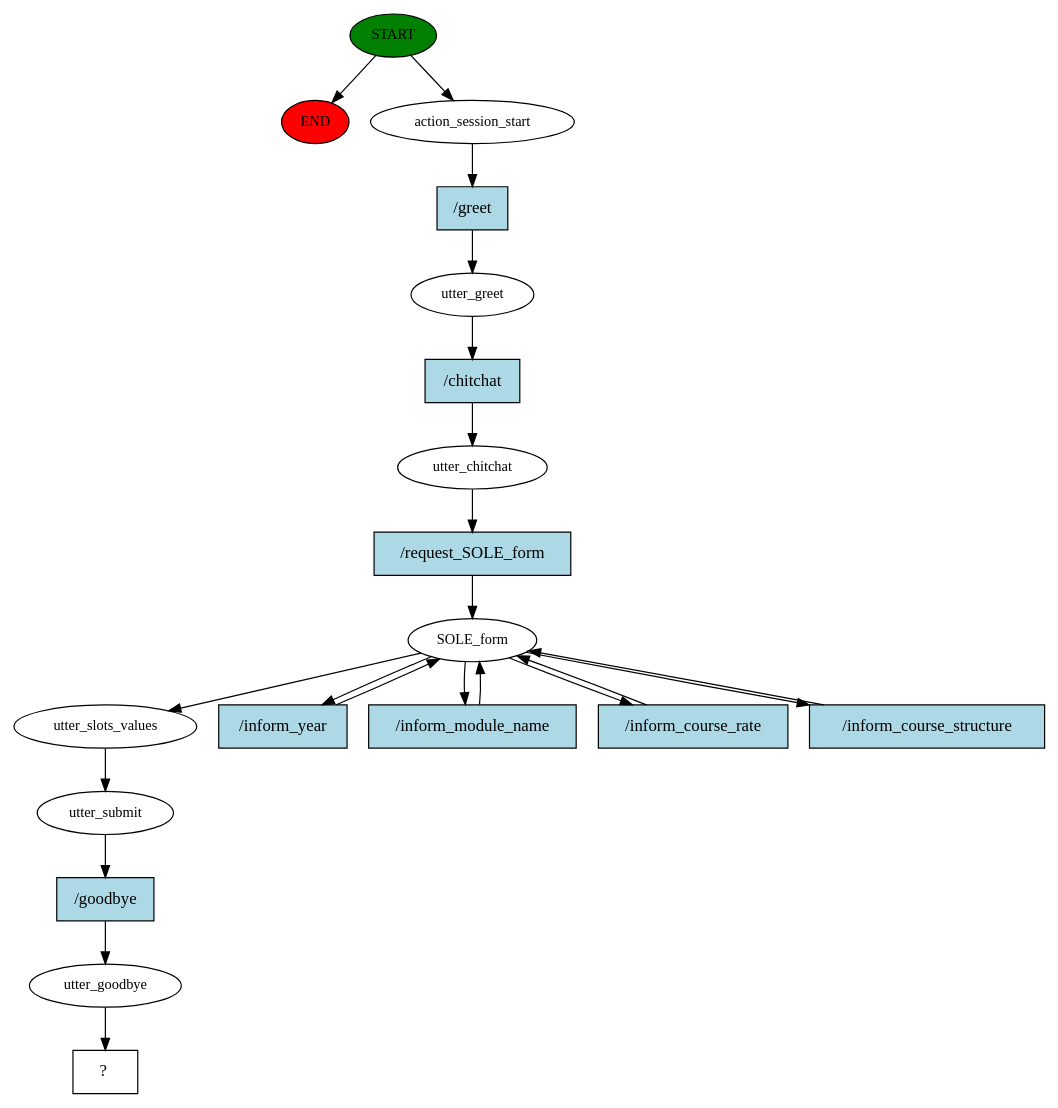
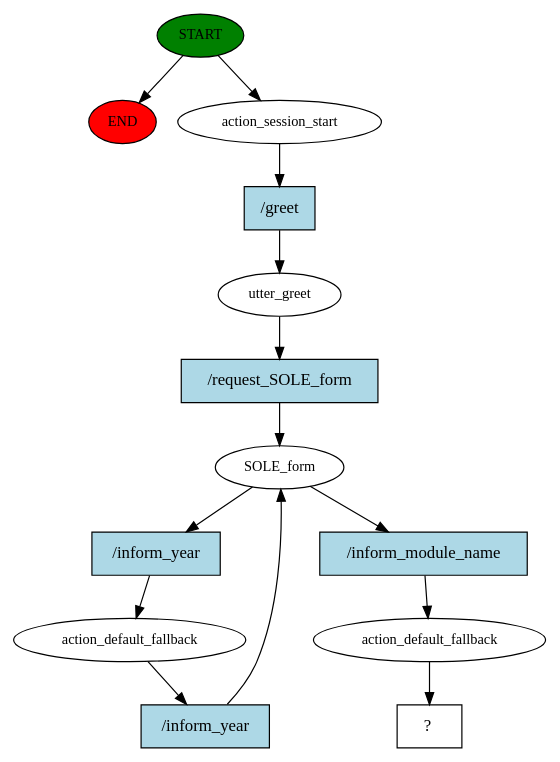
The diagram in FYP/story_graph.dot (hkl19/Rasa-Surveybot1), drawn with Graphviz before and after one commit. The commit also changed 130 other files, not shown here.

```diff
--- a/FYP/story_graph.dot
+++ b/FYP/story_graph.dot
@@ -1,41 +1,28 @@
 digraph  {
 0 [class="start active", fillcolor=green, fontsize=12, label=START, style=filled];
 "-1" [class=end, fillcolor=red, fontsize=12, label=END, style=filled];
 1 [class=active, fontsize=12, label=action_session_start];
 2 [class=active, fontsize=12, label=utter_greet];
-3 [class=active, fontsize=12, label=utter_chitchat];
-4 [class=active, fontsize=12, label=SOLE_form];
-9 [class=active, fontsize=12, label=utter_slots_values];
-10 [class=active, fontsize=12, label=utter_submit];
-11 [class=active, fontsize=12, label=utter_goodbye];
-12 [class="intent dashed active", label="  ?  ", shape=rect];
-13 [class="intent active", fillcolor=lightblue, label="/greet", shape=rect, style=filled];
-14 [class="intent active", fillcolor=lightblue, label="/chitchat", shape=rect, style=filled];
-15 [class="intent active", fillcolor=lightblue, label="/request_SOLE_form", shape=rect, style=filled];
-16 [class="intent active", fillcolor=lightblue, label="/inform_year", shape=rect, style=filled];
-17 [class="intent active", fillcolor=lightblue, label="/inform_module_name", shape=rect, style=filled];
-18 [class="intent active", fillcolor=lightblue, label="/inform_course_rate", shape=rect, style=filled];
-19 [class="intent active", fillcolor=lightblue, label="/inform_course_structure", shape=rect, style=filled];
-20 [class="intent active", fillcolor=lightblue, label="/goodbye", shape=rect, style=filled];
+3 [class=active, fontsize=12, label=SOLE_form];
+4 [class=active, fontsize=12, label=action_default_fallback];
+6 [class=active, fontsize=12, label=action_default_fallback];
+7 [class="intent dashed active", label="  ?  ", shape=rect];
+8 [class="intent active", fillcolor=lightblue, label="/greet", shape=rect, style=filled];
+9 [class="intent active", fillcolor=lightblue, label="/request_SOLE_form", shape=rect, style=filled];
+10 [class="intent active", fillcolor=lightblue, label="/inform_year", shape=rect, style=filled];
+11 [class="intent active", fillcolor=lightblue, label="/inform_module_name", shape=rect, style=filled];
+12 [class="intent active", fillcolor=lightblue, label="/inform_year", shape=rect, style=filled];
 0 -> "-1"  [class="", key=NONE, label=""];
 0 -> 1  [class=active, key=NONE, label=""];
-1 -> 13  [class=active, key=0];
-2 -> 14  [class=active, key=0];
-3 -> 15  [class=active, key=0];
-4 -> 9  [class=active, key=NONE, label=""];
-4 -> 16  [class=active, key=0];
-4 -> 17  [class=active, key=0];
-4 -> 18  [class=active, key=0];
-4 -> 19  [class=active, key=0];
-9 -> 10  [class=active, key=NONE, label=""];
-10 -> 20  [class=active, key=0];
-11 -> 12  [class=active, key=NONE, label=""];
-13 -> 2  [class=active, key=0];
-14 -> 3  [class=active, key=0];
-15 -> 4  [class=active, key=0];
-16 -> 4  [class=active, key=0];
-17 -> 4  [class=active, key=0];
-18 -> 4  [class=active, key=0];
-19 -> 4  [class=active, key=0];
-20 -> 11  [class=active, key=0];
+1 -> 8  [class=active, key=0];
+2 -> 9  [class=active, key=0];
+3 -> 10  [class=active, key=0];
+3 -> 11  [class=active, key=0];
+4 -> 12  [class=active, key=0];
+6 -> 7  [class=active, key=NONE, label=""];
+8 -> 2  [class=active, key=0];
+9 -> 3  [class=active, key=0];
+10 -> 4  [class=active, key=0];
+11 -> 6  [class=active, key=0];
+12 -> 3  [class=active, key=0];
 }
```
